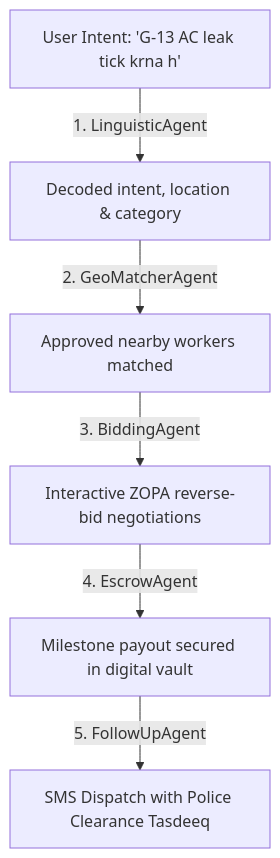
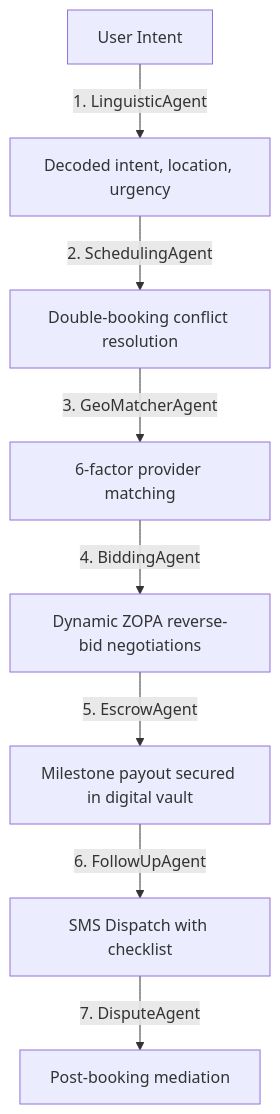
Before and after one commit to devhassanalikhan/gigconnect-pk: the diagram in README.md, drawn with Mermaid. The commit also changed other lines of this file and 14 other files, not shown here.

Commit message:
feat: implement KaamGraph core multi-agent marketplace with ZOPA and escrow logic

````diff
--- a/README.md
+++ b/README.md
@@ -48,8 +48,10 @@
 ```mermaid
 graph TD
-    A[User Intent: 'G-13 AC leak tick krna h'] -->|1. LinguisticAgent| B[Decoded intent, location & category]
-    B -->|2. GeoMatcherAgent| C[Approved nearby workers matched]
-    C -->|3. BiddingAgent| D[Interactive ZOPA reverse-bid negotiations]
-    D -->|4. EscrowAgent| E[Milestone payout secured in digital vault]
-    E -->|5. FollowUpAgent| F[SMS Dispatch with Police Clearance Tasdeeq]
+    A[User Intent] -->|1. LinguisticAgent| B[Decoded intent, location, urgency]
+    B -->|2. SchedulingAgent| C[Double-booking conflict resolution]
+    C -->|3. GeoMatcherAgent| D[6-factor provider matching]
+    D -->|4. BiddingAgent| E[Dynamic ZOPA reverse-bid negotiations]
+    E -->|5. EscrowAgent| F[Milestone payout secured in digital vault]
+    F -->|6. FollowUpAgent| G[SMS Dispatch with checklist]
+    G -->|7. DisputeAgent| H[Post-booking mediation]
 ```
````
